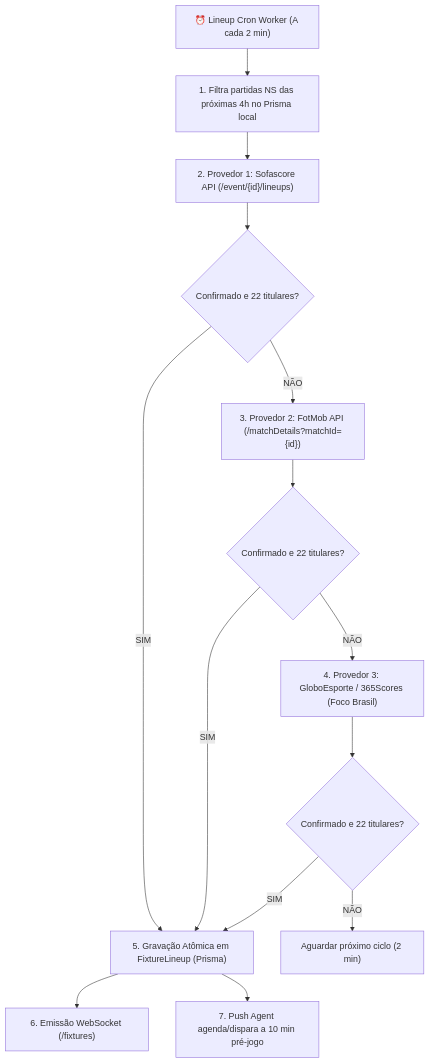
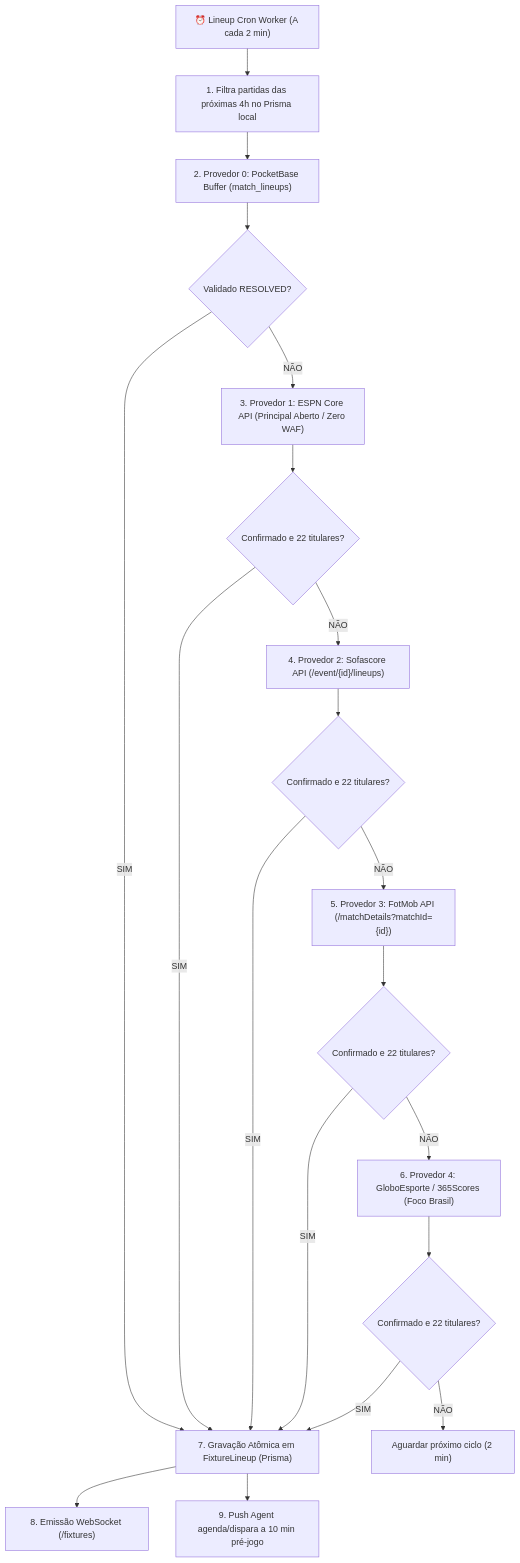
The seventh of 7 diagrams in relatorios/ECOSYSTEM.md (MarcilioLeiteSilva/zapscore), drawn with Mermaid before and after one commit. The commit also changed other lines of this file and 4 other files, not shown here.

Commit message:
feat(api/lineups): integrar EspnProvider na cascata do Lineup Agent e atualizar documentacao

````diff
--- a/relatorios/ECOSYSTEM.md
+++ b/relatorios/ECOSYSTEM.md
@@ -1808,28 +1808,38 @@
 ```mermaid
 flowchart TD
     CRON["⏰ Lineup Cron Worker (A cada 2 min)"]
-    FILTER["1. Filtra partidas NS das próximas 4h no Prisma local"]
-    P1["2. Provedor 1: Sofascore API (/event/{id}/lineups)"]
+    FILTER["1. Filtra partidas das próximas 4h no Prisma local"]
+    P0["2. Provedor 0: PocketBase Buffer (match_lineups)"]
+    CHECK0{"Validado RESOLVED?"}
+    P1["3. Provedor 1: ESPN Core API (Principal Aberto / Zero WAF)"]
     CHECK1{"Confirmado e 22 titulares?"}
-    P2["3. Provedor 2: FotMob API (/matchDetails?matchId={id})"]
+    P2["4. Provedor 2: Sofascore API (/event/{id}/lineups)"]
     CHECK2{"Confirmado e 22 titulares?"}
-    P3["4. Provedor 3: GloboEsporte / 365Scores (Foco Brasil)"]
+    P3["5. Provedor 3: FotMob API (/matchDetails?matchId={id})"]
     CHECK3{"Confirmado e 22 titulares?"}
-    SAVE["5. Gravação Atômica em FixtureLineup (Prisma)"]
-    WS["6. Emissão WebSocket (/fixtures)"]
-    PUSH["7. Push Agent agenda/dispara a 10 min pré-jogo"]
+    P4["6. Provedor 4: GloboEsporte / 365Scores (Foco Brasil)"]
+    CHECK4{"Confirmado e 22 titulares?"}
+    SAVE["7. Gravação Atômica em FixtureLineup (Prisma)"]
+    WS["8. Emissão WebSocket (/fixtures)"]
+    PUSH["9. Push Agent agenda/dispara a 10 min pré-jogo"]
 
     CRON --> FILTER
-    FILTER --> P1
+    FILTER --> P0
+    P0 --> CHECK0
+    CHECK0 -- SIM --> SAVE
+    CHECK0 -- NÃO --> P1
     P1 --> CHECK1
     CHECK1 -- SIM --> SAVE
     CHECK1 -- NÃO --> P2
     P2 --> CHECK2
     CHECK2 -- SIM --> SAVE
     CHECK2 -- NÃO --> P3
     P3 --> CHECK3
     CHECK3 -- SIM --> SAVE
-    CHECK3 -- NÃO --> IDLE["Aguardar próximo ciclo (2 min)"]
+    CHECK3 -- NÃO --> P4
+    P4 --> CHECK4
+    CHECK4 -- SIM --> SAVE
+    CHECK4 -- NÃO --> IDLE["Aguardar próximo ciclo (2 min)"]
     SAVE --> WS
     SAVE --> PUSH
 ```
````
